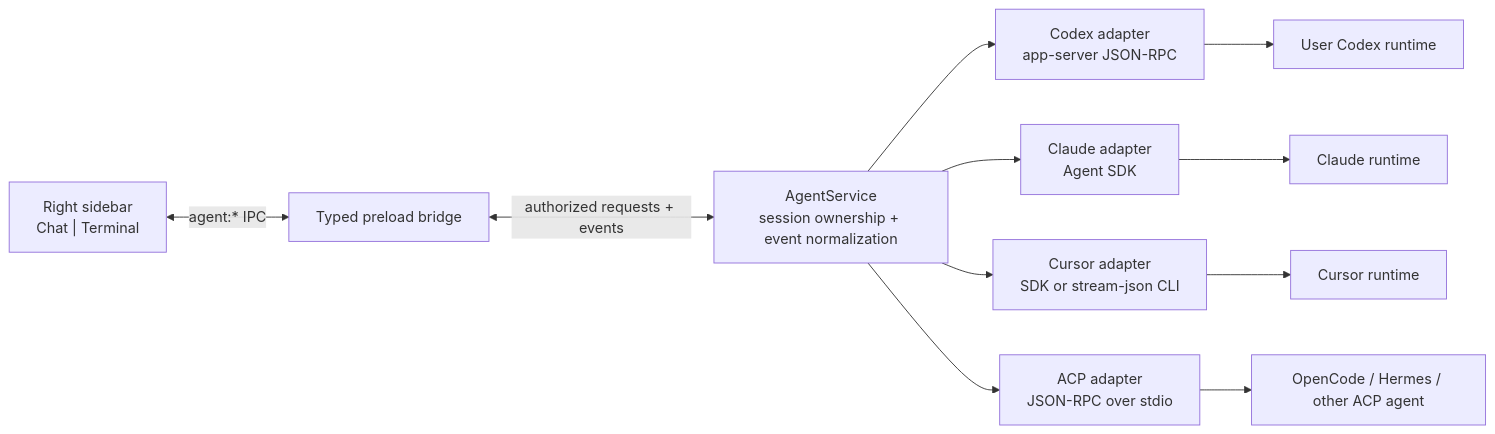
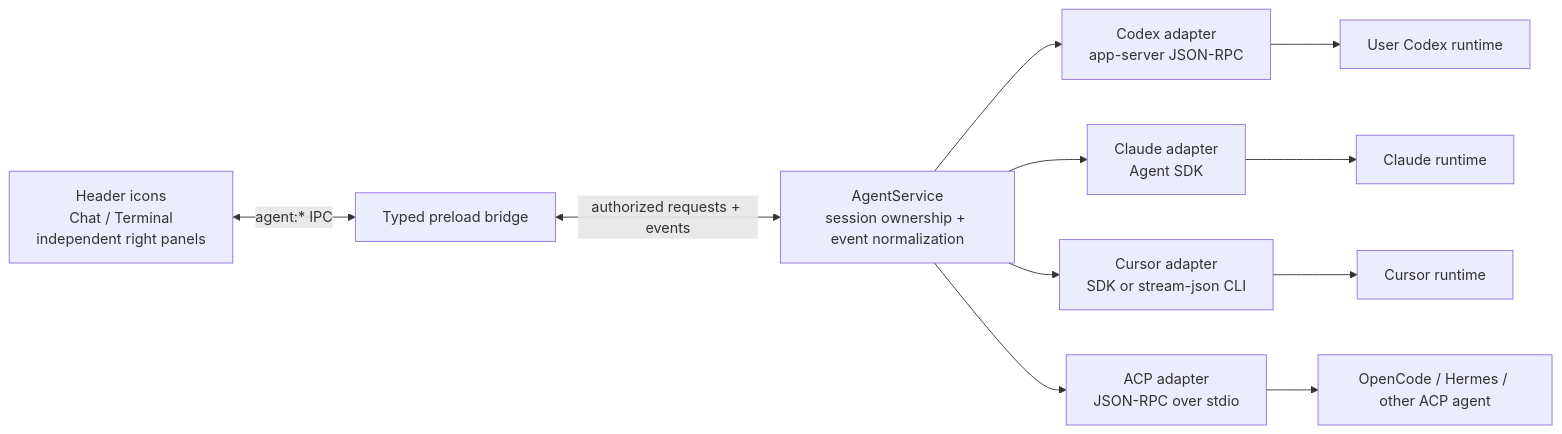
Before and after one commit to puppyone-ai/puppyone-desktop: the first of 2 diagrams in docs/architecture/desktop-agent/README.md, drawn with Mermaid. The commit also changed other lines of this file and 301 other files, not shown here.

````diff
--- a/docs/architecture/desktop-agent/README.md
+++ b/docs/architecture/desktop-agent/README.md
@@ -59,21 +70,21 @@
 ```mermaid
 flowchart LR
-  UI["Right sidebar<br/>Chat | Terminal"]
+  UI["Header icons<br/>Chat / Terminal<br/>independent right panels"]
   Bridge["Typed preload bridge"]
   Service["AgentService<br/>session ownership + event normalization"]
   Codex["Codex adapter<br/>app-server JSON-RPC"]
   Claude["Claude adapter<br/>Agent SDK"]
   Cursor["Cursor adapter<br/>SDK or stream-json CLI"]
   ACP["ACP adapter<br/>JSON-RPC over stdio"]
   CodexRuntime["User Codex runtime"]
   ClaudeRuntime["Claude runtime"]
   CursorRuntime["Cursor runtime"]
   OtherRuntime["OpenCode / Hermes / other ACP agent"]
 
   UI <-->|"agent:* IPC"| Bridge
   Bridge <-->|"authorized requests + events"| Service
   Service --> Codex --> CodexRuntime
   Service --> Claude --> ClaudeRuntime
   Service --> Cursor --> CursorRuntime
   Service --> ACP --> OtherRuntime
 ```
````
